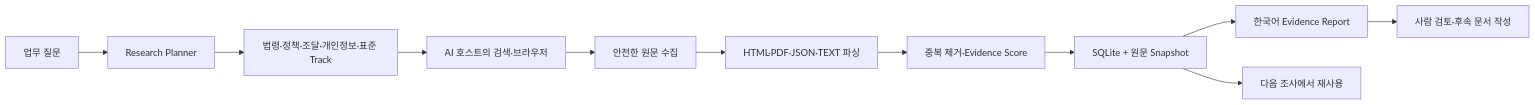
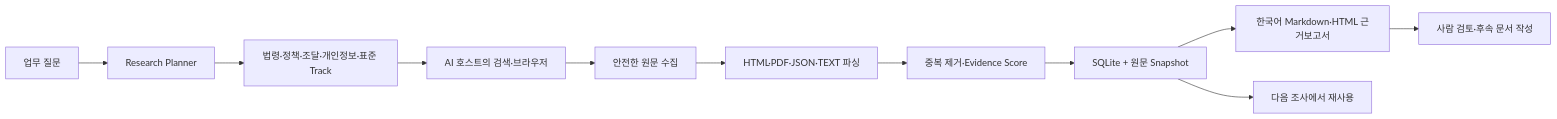
Before and after one commit to Kminer2053/public-sector-research-skill: the diagram in README.md, drawn with Mermaid. The commit also changed other lines of this file and 27 other files, not shown here.

````diff
--- a/README.md
+++ b/README.md
@@ -155,13 +196,13 @@
 ```mermaid
 flowchart LR
     A["업무 질문"] --> B["Research Planner"]
     B --> C["법령·정책·조달·개인정보·표준 Track"]
     C --> D["AI 호스트의 검색·브라우저"]
     D --> E["안전한 원문 수집"]
     E --> F["HTML·PDF·JSON·TEXT 파싱"]
     F --> G["중복 제거·Evidence Score"]
     G --> H["SQLite + 원문 Snapshot"]
-    H --> I["한국어 Evidence Report"]
+    H --> I["한국어 Markdown·HTML 근거보고서"]
     I --> J["사람 검토·후속 문서 작성"]
     H --> K["다음 조사에서 재사용"]
 ```
````
